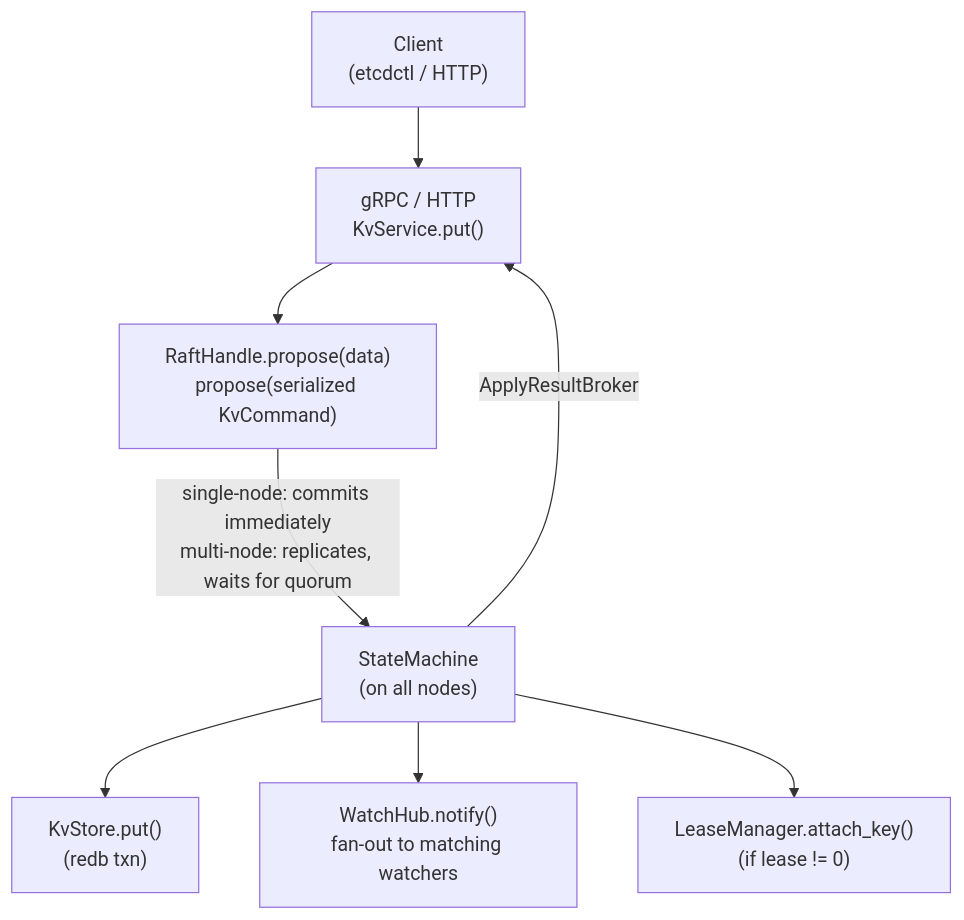
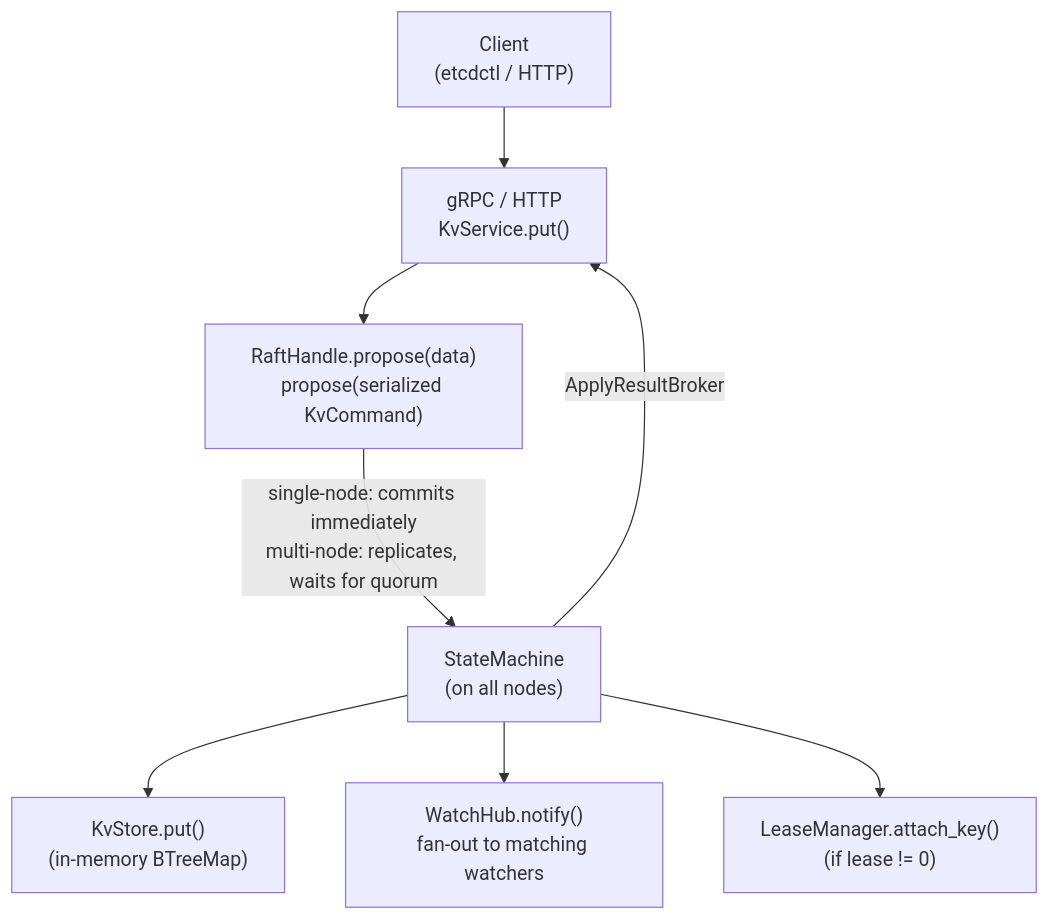
Before and after one commit to alexandernicholson/barkeeper: the third of 9 diagrams in docs/architecture.md, drawn with Mermaid. The commit also changed other lines of this file and 5 other files, not shown here.

First line of the commit message:
docs: update all documentation for in-memory KV store architecture

````diff
--- a/docs/architecture.md
+++ b/docs/architecture.md
@@ -103,11 +103,11 @@
 ```mermaid
 graph TD
     Client["Client<br>(etcdctl / HTTP)"]
     Client --> Service["gRPC / HTTP<br>KvService.put()"]
     Service --> Raft["RaftHandle.propose(data)<br>propose(serialized KvCommand)"]
     Raft -->|"single-node: commits immediately<br>multi-node: replicates, waits for quorum"| SM["StateMachine<br>(on all nodes)"]
-    SM --> KV["KvStore.put()<br>(redb txn)"]
+    SM --> KV["KvStore.put()<br>(in-memory BTreeMap)"]
     SM --> Watch["WatchHub.notify()<br>fan-out to matching watchers"]
     SM --> Lease["LeaseManager.attach_key()<br>(if lease != 0)"]
     SM -->|"ApplyResultBroker"| Service
 ```
````
